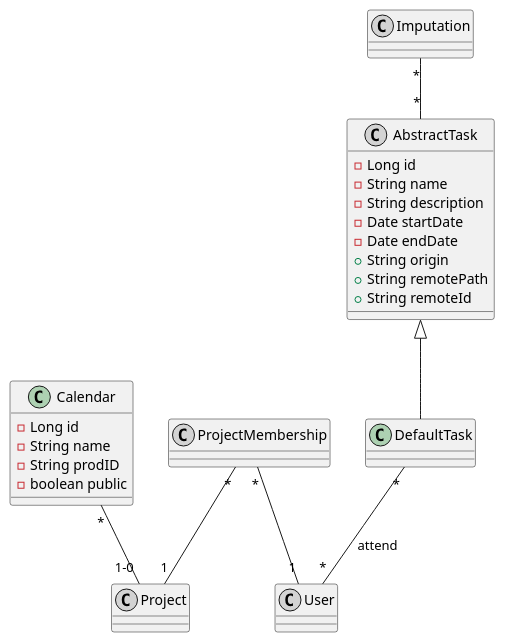
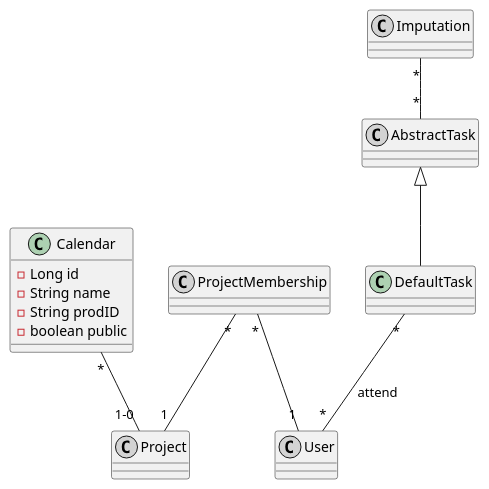
One commit to TimeboardIO/timeboard changed the diagram in docs/modeling/Calendar.puml. Above: the diagram before and after it, drawn with PlantUML. The commit also changed 23 other files, not shown here.

```diff
--- a/docs/modeling/Calendar.puml
+++ b/docs/modeling/Calendar.puml
@@ -1,37 +1,30 @@
 @startuml
 
 class Calendar {
     -Long id
     -String name
     -String prodID
     -boolean public
 }
 
 class AbstractTask {
-    -Long id
-    -String name
-    -String description
-    -Date startDate
-    -Date endDate
-    +String origin
-    +String remotePath
-    +String remoteId
+
 }
 
 AbstractTask <|-- DefaultTask
 
 ProjectMembership "*" -- "1" User
 ProjectMembership "*" -- "1" Project
 
 Imputation "*" -- "*" AbstractTask
 DefaultTask "*" -- "*" User : attend
 Calendar "*" --  "1-0" Project
 
 User << (C,lightgrey) >>
 Project << (C,lightgrey) >>
 Imputation << (C,lightgrey) >>
 AbstractTask << (C,lightgrey) >>
 ProjectMembership << (C,lightgrey) >>
 
 
 @enduml
```
